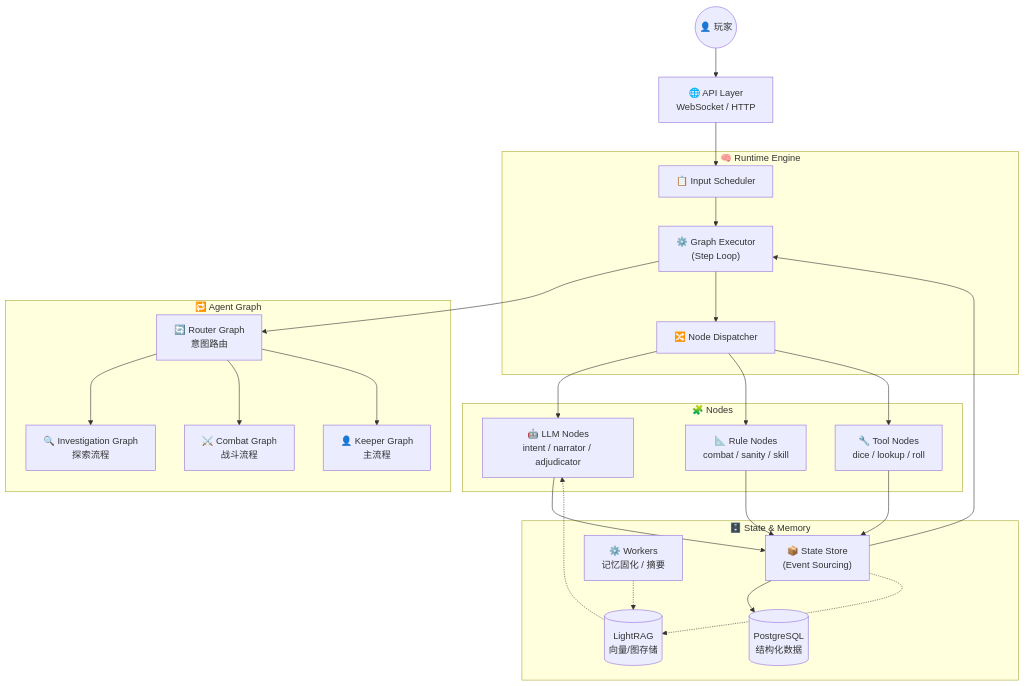
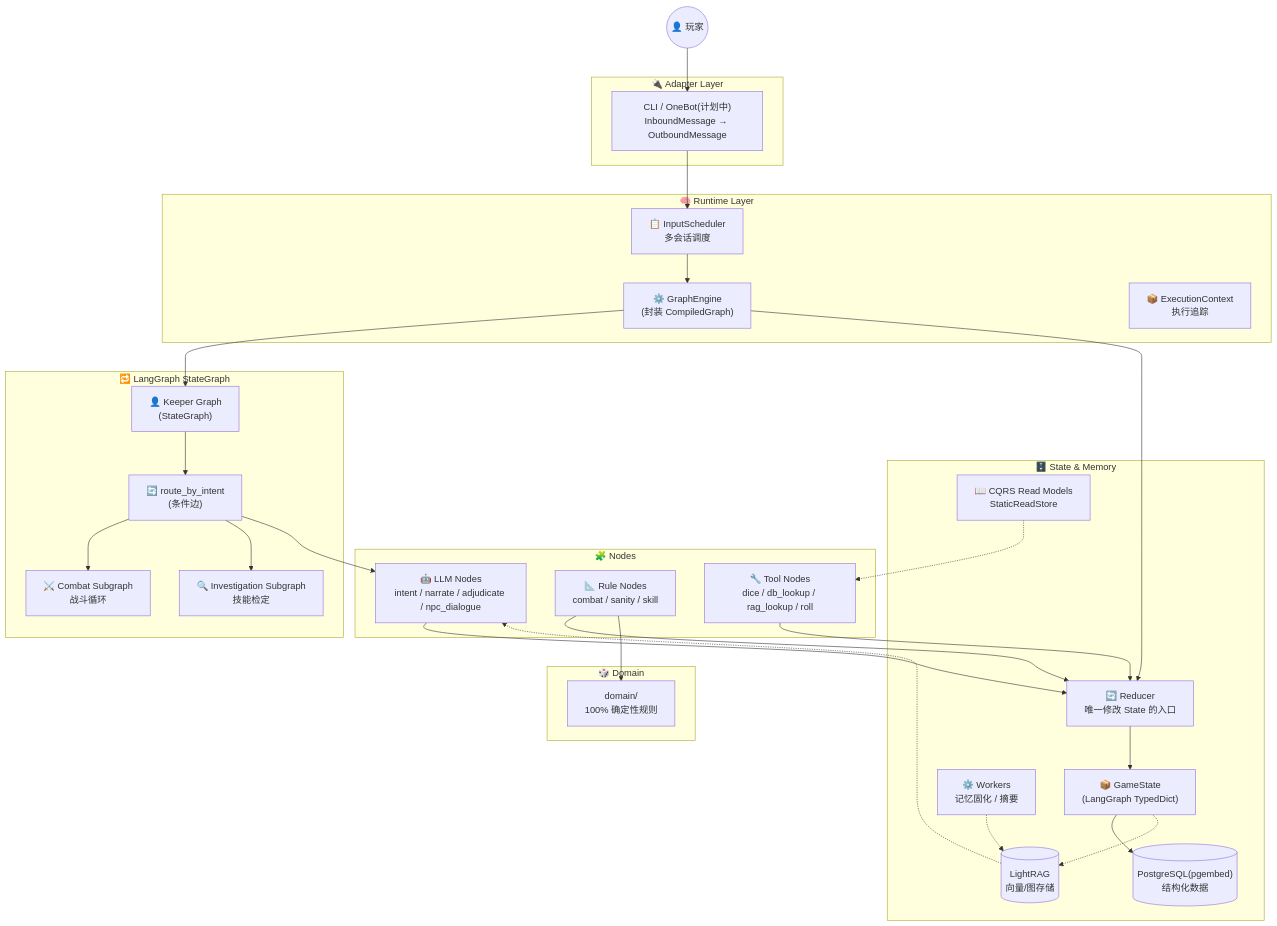
Before and after one commit to pineoncellar/glyphkeeper: the first of 2 diagrams in README.md, drawn with Mermaid. The commit also changed other lines of this file, not shown here.

````diff
--- a/README.md
+++ b/README.md
@@ -38,54 +38,63 @@
 ```mermaid
 graph TB
     Player((👤 玩家))
-    WS["🌐 API Layer<br/>WebSocket / HTTP"]
 
-    subgraph "🧠 Runtime Engine"
-        Engine["⚙️ Graph Executor<br/>(Step Loop)"]
-        Scheduler["📋 Input Scheduler"]
-        Dispatcher["🔀 Node Dispatcher"]
+    subgraph "🔌 Adapter Layer"
+        Adapter["CLI / OneBot(计划中)<br/>InboundMessage → OutboundMessage"]
     end
 
-    subgraph "🔁 Agent Graph"
-        Router["🔄 Router Graph<br/>意图路由"]
-        Combat["⚔️ Combat Graph<br/>战斗流程"]
-        Investigate["🔍 Investigation Graph<br/>探索流程"]
-        Keeper["👤 Keeper Graph<br/>主流程"]
+    subgraph "🧠 Runtime Layer"
+        Engine["⚙️ GraphEngine<br/>(封装 CompiledGraph)"]
+        Scheduler["📋 InputScheduler<br/>多会话调度"]
+        Ctx["📦 ExecutionContext<br/>执行追踪"]
+    end
+
+    subgraph "🔁 LangGraph StateGraph"
+        Keeper["👤 Keeper Graph<br/>(StateGraph<GameState>)"]
+        Router["🔄 route_by_intent<br/>(条件边)"]
+        Combat["⚔️ Combat Subgraph<br/>战斗循环"]
+        Investigate["🔍 Investigation Subgraph<br/>技能检定"]
     end
 
     subgraph "🧩 Nodes"
-        LLMN["🤖 LLM Nodes<br/>intent / narrator / adjudicator"]
+        LLMN["🤖 LLM Nodes<br/>intent / narrate / adjudicate / npc_dialogue"]
         RuleN["📐 Rule Nodes<br/>combat / sanity / skill"]
-        ToolN["🔧 Tool Nodes<br/>dice / lookup / roll"]
+        ToolN["🔧 Tool Nodes<br/>dice / db_lookup / rag_lookup / roll"]
     end
 
     subgraph "🗄️ State & Memory"
-        State["📦 State Store<br/>(Event Sourcing)"]
-        PG[("PostgreSQL<br/>结构化数据")]
+        State["📦 GameState<br/>(LangGraph TypedDict)"]
+        Reducer["🔄 Reducer<br/>唯一修改 State 的入口"]
+        PG[("PostgreSQL(pgembed)<br/>结构化数据")]
         RAG[("LightRAG<br/>向量/图存储")]
         Workers["⚙️ Workers<br/>记忆固化 / 摘要"]
+        CQRS["📖 CQRS Read Models<br/>StaticReadStore"]
     end
 
-    Player --> WS
-    WS --> Scheduler
+    subgraph "🎲 Domain"
+        Domain["domain/<br/>100% 确定性规则"]
+    end
+
+    Player --> Adapter
+    Adapter --> Scheduler
     Scheduler --> Engine
-    Engine --> Router
+    Engine --> Keeper
+
+    Keeper --> Router
+    Router --> Combat
     Router --> Investigate
-    Router --> Combat
-    Router --> Keeper
+    Router --> LLMN
 
-    Engine --> Dispatcher
-    Dispatcher --> LLMN
-    Dispatcher --> RuleN
-    Dispatcher --> ToolN
-
-    LLMN --> State
-    RuleN --> State
-    ToolN --> State
+    Engine --> Reducer
+    LLMN --> Reducer
+    RuleN --> Reducer
+    ToolN --> Reducer
+    Reducer --> State
 
     State --> PG
     State -.-> RAG
     RAG -.-> LLMN
     Workers -.-> RAG
-    State --> Engine
+    CQRS -.-> ToolN
+    RuleN --> Domain
 ```
````
